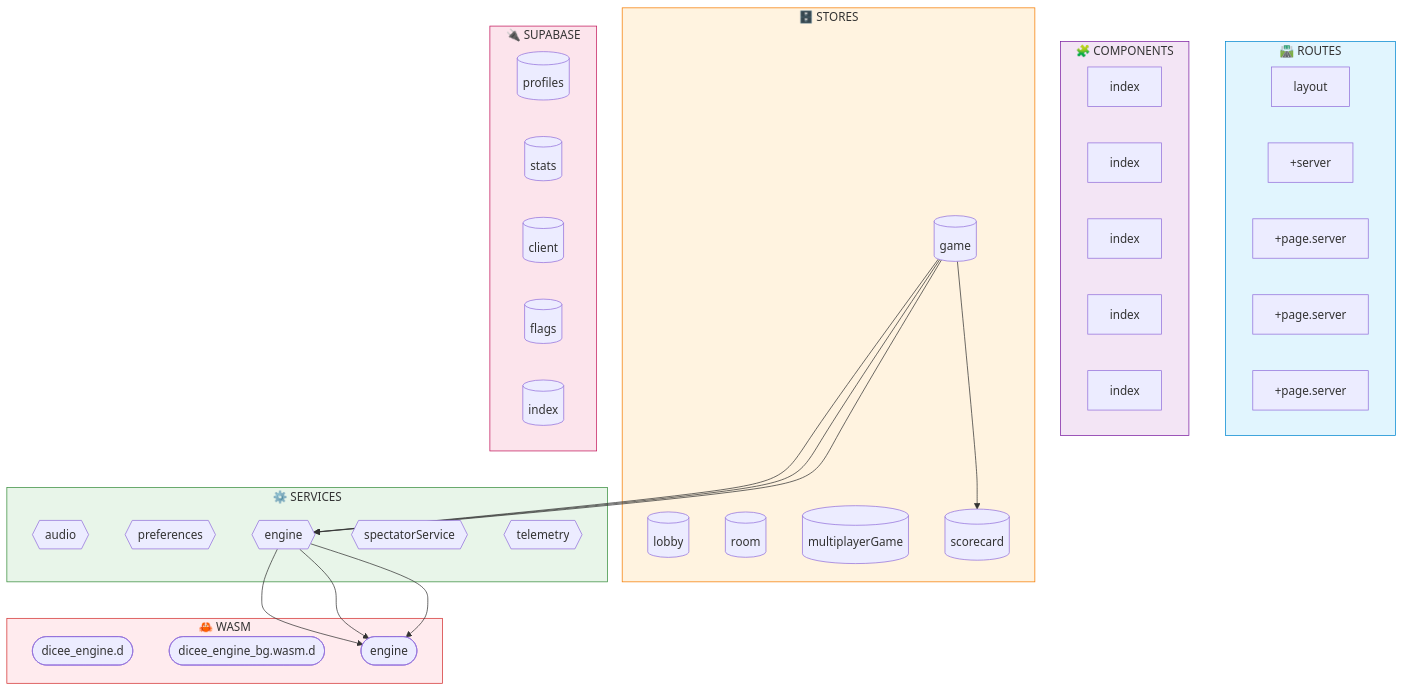
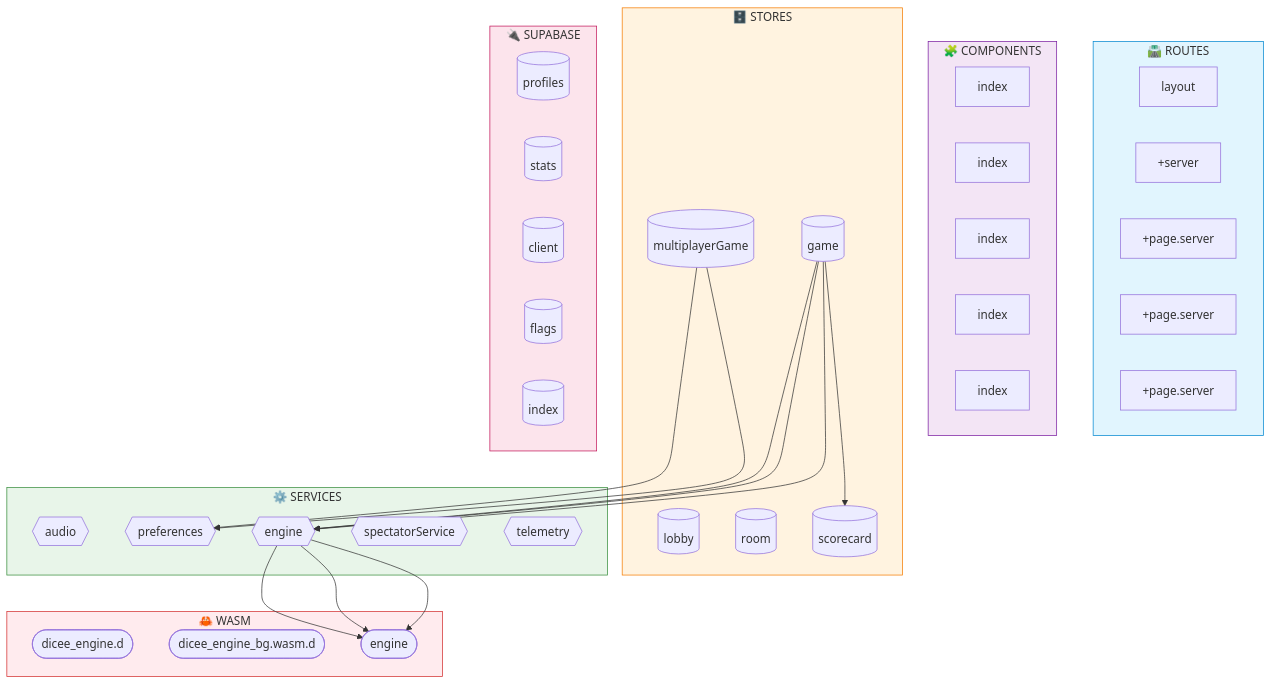
The diagram in docs/architecture/akg/diagrams/DATAFLOW.md (verlyn13/dicee), drawn with Mermaid before and after one commit. The commit also changed other lines of this file and 9 other files, not shown here.

First line of the commit message:
chore(akg): regenerate graph and diagrams after preferences change

````diff
--- a/docs/architecture/akg/diagrams/DATAFLOW.md
+++ b/docs/architecture/akg/diagrams/DATAFLOW.md
@@ -18,64 +18,66 @@
 ```mermaid
 flowchart TB
     subgraph routes["🛣️ ROUTES"]
         module___layout__rc_routes__layout_ts["layout"]
         module___server___callback__server_ts["+server"]
         module___page_server__obby__page_server_["+page.server"]
         module___page_server___id___page_server_["+page.server"]
         module___page_server__ode___page_server_["+page.server"]
     end
 
     subgraph components["🧩 COMPONENTS"]
         module__index__mponents_ui_index_ts["index"]
         module__index__ts_settings_index_ts["index"]
         module__index__onents_chat_index_ts["index"]
         module__index__onents_auth_index_ts["index"]
         module__index__ts_skeleton_index_ts["index"]
     end
 
     subgraph stores["🗄️ STORES"]
         store__game_svelte__tores_game_svelte_ts[("game")]
         store__lobby_svelte__ores_lobby_svelte_t[("lobby")]
         store__room_svelte__tores_room_svelte_ts[("room")]
         store__multiplayerGame_svelte__playerGam[("multiplayerGame")]
         store__scorecard_svelte___scorecard_svel[("scorecard")]
     end
 
     subgraph services["⚙️ SERVICES"]
         service__audio__ib_services_audio_ts{{"audio"}}
         store__preferences_svelte__references_sv{{"preferences"}}
         service__engine__b_services_engine_ts{{"engine"}}
         store__spectatorService_svelte__torServi{{"spectatorService"}}
         service__telemetry__ervices_telemetry_ts{{"telemetry"}}
     end
 
     subgraph supabase["🔌 SUPABASE"]
         supabasemodule__profiles__supabase_profi[("profiles")]
         supabasemodule__stats__ib_supabase_stats[("stats")]
         supabasemodule__client__b_supabase_clien[("client")]
         supabasemodule__flags__ib_supabase_flags[("flags")]
         supabasemodule__index__ib_supabase_index[("index")]
     end
 
     subgraph wasm["🦀 WASM"]
         wasmbridge__dicee_engine_d__sm_dicee_eng(["dicee_engine.d"])
         wasmbridge__dicee_engine_bg_wasm_d___eng(["dicee_engine_bg.wasm.d"])
         wasmbridge__engine__eb_src_lib_engine_ts(["engine"])
     end
 
     store__game_svelte__tores_game_svelte_ts --> service__engine__b_services_engine_ts
     store__game_svelte__tores_game_svelte_ts --> store__scorecard_svelte___scorecard_svel
     store__game_svelte__tores_game_svelte_ts --> service__engine__b_services_engine_ts
     store__game_svelte__tores_game_svelte_ts --> service__engine__b_services_engine_ts
+    store__multiplayerGame_svelte__playerGam --> store__preferences_svelte__references_sv
+    store__multiplayerGame_svelte__playerGam --> store__preferences_svelte__references_sv
     service__engine__b_services_engine_ts --> wasmbridge__engine__eb_src_lib_engine_ts
     service__engine__b_services_engine_ts --> wasmbridge__engine__eb_src_lib_engine_ts
     service__engine__b_services_engine_ts --> wasmbridge__engine__eb_src_lib_engine_ts
 
     %% Layer styling
     style routes fill:#e1f5fe,stroke:#0288d1
     style components fill:#f3e5f5,stroke:#7b1fa2
     style stores fill:#fff3e0,stroke:#f57c00
     style services fill:#e8f5e9,stroke:#388e3c
     style supabase fill:#fce4ec,stroke:#c2185b
     style wasm fill:#ffebee,stroke:#d32f2f
 ```
````
